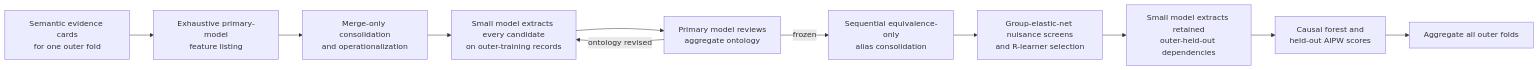
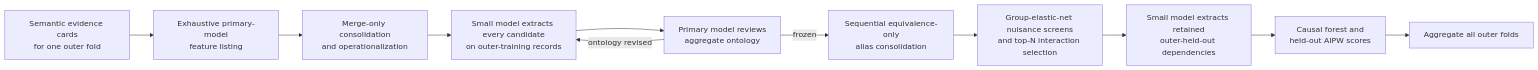
Before and after one commit to kenlkehl/causal-dragonnet-text: the third of 3 diagrams in README.md, drawn with Mermaid. The commit also changed other lines of this file and 10 other files, not shown here.

````diff
--- a/README.md
+++ b/README.md
@@ -1176,13 +1174,13 @@
 ```mermaid
 flowchart LR
     A["Semantic evidence cards<br/>for one outer fold"] --> B["Exhaustive primary-model<br/>feature listing"]
     B --> C["Merge-only consolidation<br/>and operationalization"]
     C --> D["Small model extracts every candidate<br/>on outer-training records"]
     D --> E["Primary model reviews<br/>aggregate ontology"]
     E -->|"ontology revised"| D
     E -->|"frozen"| F["Sequential equivalence-only<br/>alias consolidation"]
-    F --> G["Group-elastic-net nuisance screens<br/>and R-learner selection"]
+    F --> G["Group-elastic-net nuisance screens<br/>and top-N interaction selection"]
     G --> H["Small model extracts retained<br/>outer-held-out dependencies"]
     H --> I["Causal forest and<br/>held-out AIPW scores"]
     I --> J["Aggregate all outer folds"]
 ```
````
